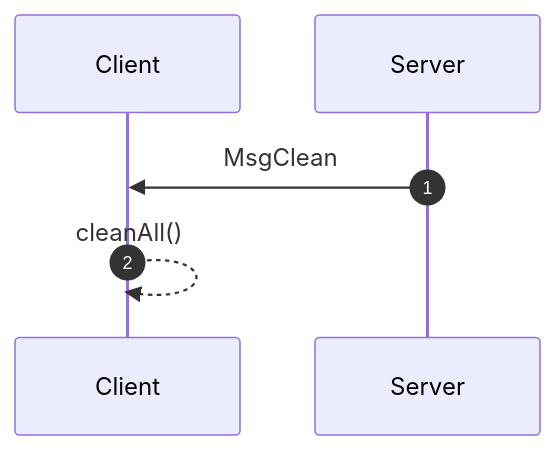
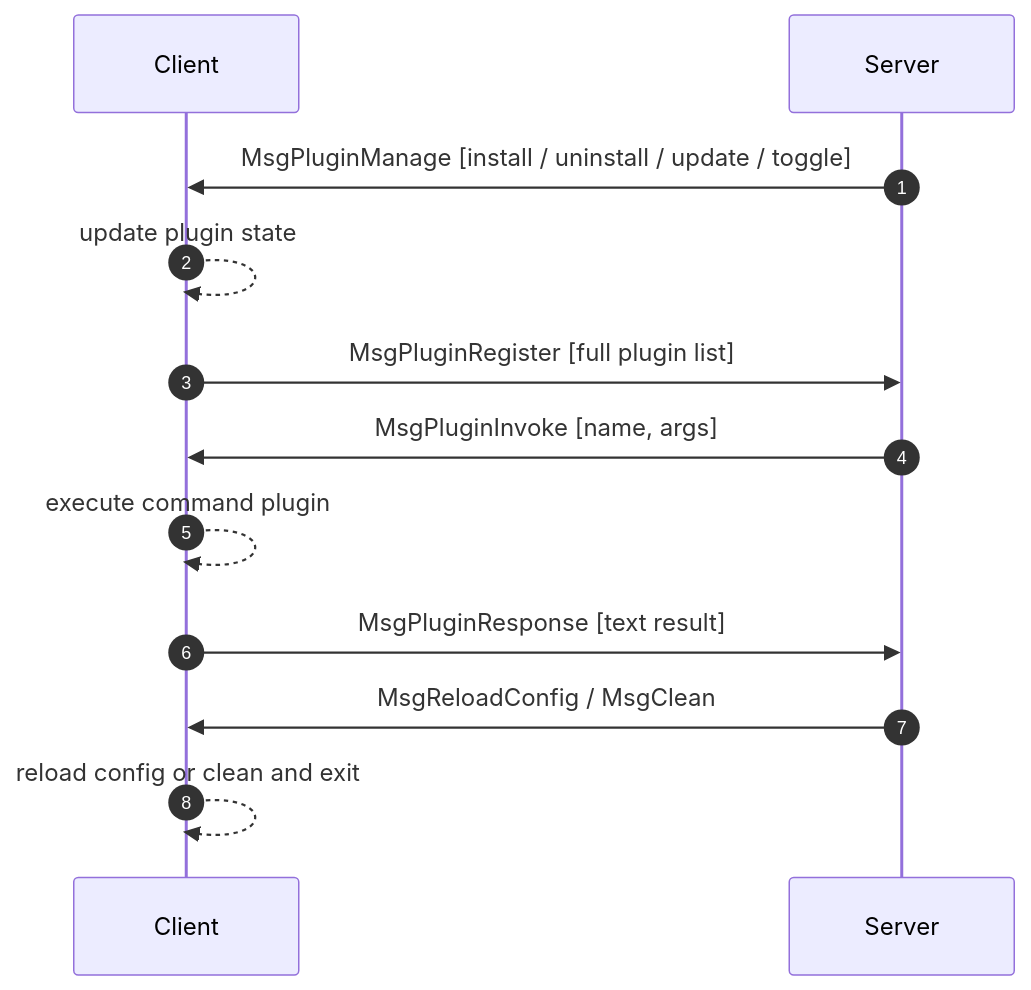
One commit to SignorMercurio/siren_docs changed the sixth of 6 diagrams in content/docs/(siren)/protocol.mdx. Above: the diagram before and after it, drawn with Mermaid. The commit also changed other lines of this file and 41 other files, not shown here.

````diff
--- a/content/docs/(siren)/protocol.mdx
+++ b/content/docs/(siren)/protocol.mdx
@@ -189,8 +192,14 @@
 ```mermaid
 sequenceDiagram
     autonumber
     participant C as Client
     participant S as Server
-    S->>C: MsgClean
-    C-->>C: cleanAll()
+    S->>C: MsgPluginManage [install / uninstall / update / toggle]
+    C-->>C: update plugin state
+    C->>S: MsgPluginRegister [full plugin list]
+    S->>C: MsgPluginInvoke [name, args]
+    C-->>C: execute command plugin
+    C->>S: MsgPluginResponse [text result]
+    S->>C: MsgReloadConfig / MsgClean
+    C-->>C: reload config or clean and exit
 ```
````
